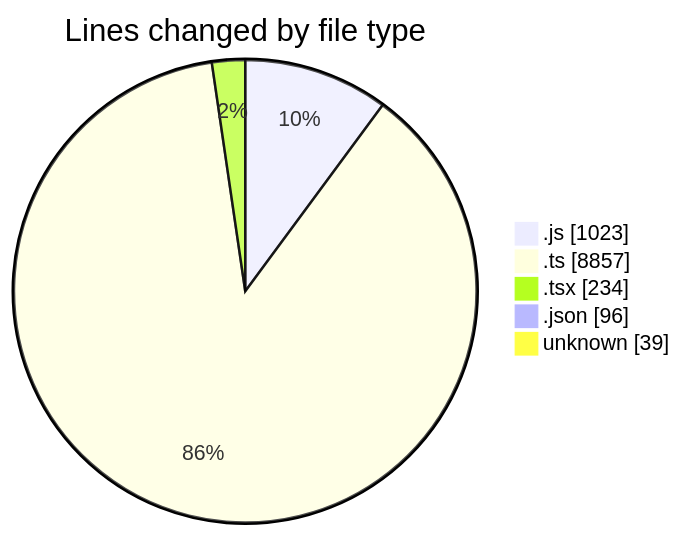
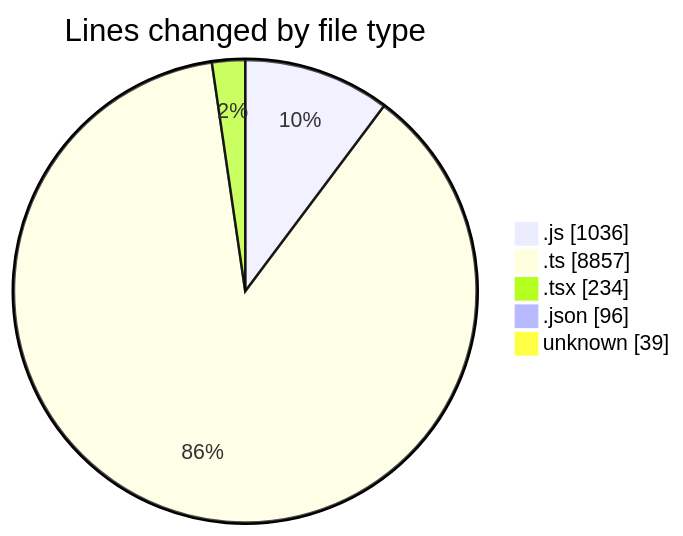
The first of 2 diagrams in 2025-05-14/cda/README.md (momahboobian/code-tracking), drawn with Mermaid before and after one commit. The commit also changed other lines of this file and 1 other file, not shown here.

````diff
--- a/2025-05-14/cda/README.md
+++ b/2025-05-14/cda/README.md
@@ -30,9 +30,9 @@
 ```mermaid
 pie showData
 title Lines changed by file type
-".js" : 1023
+".js" : 1036
 ".ts" : 8857
 ".tsx" : 234
 ".json" : 96
 "unknown" : 39
 ```
````
